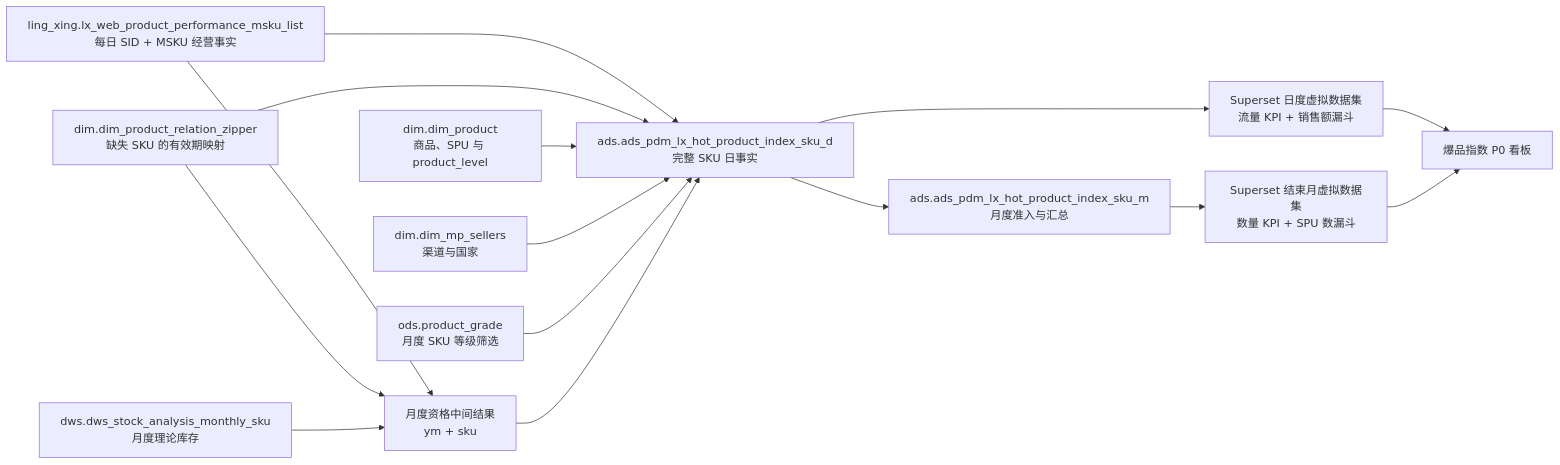
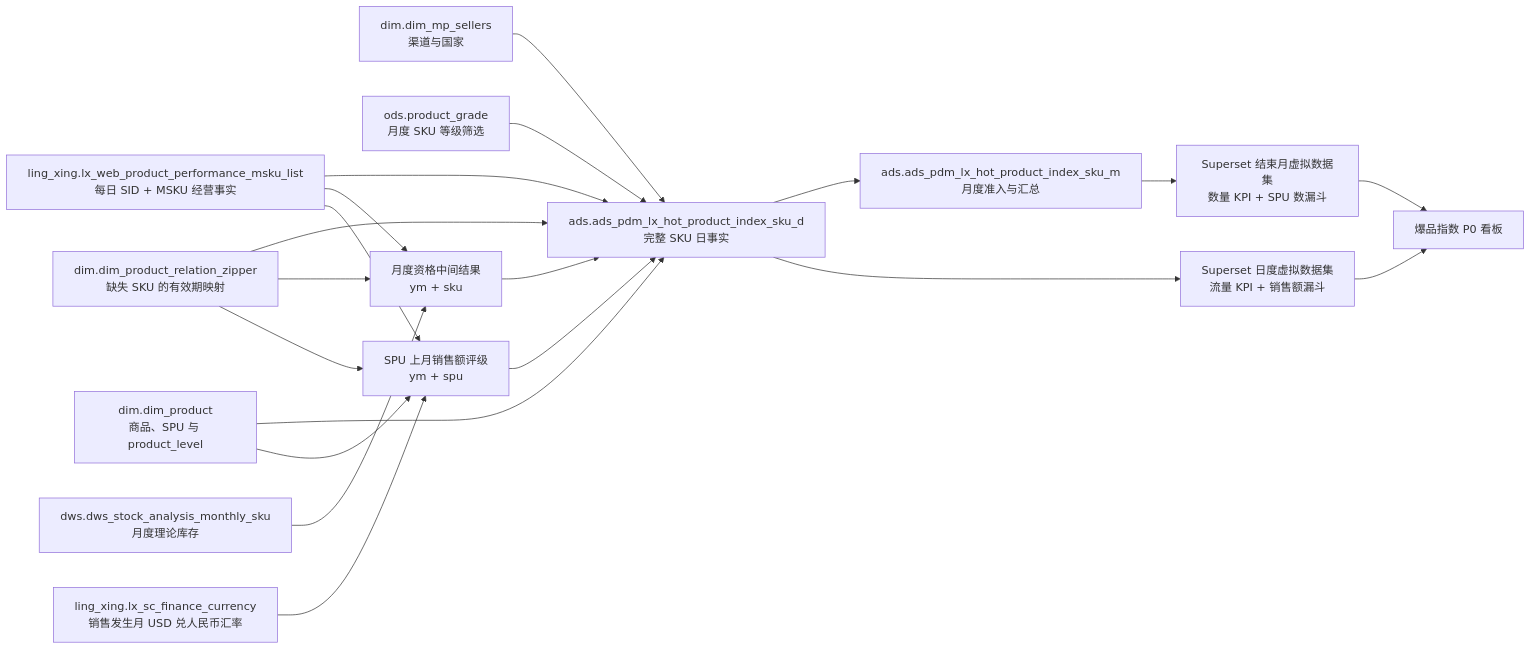
The diagram in docs/superpowers/specs/2026-08-03-hot-product-index-overview-design.md (ErciZe/superset), drawn with Mermaid before and after one commit. The commit also changed other lines of this file and 2 other files, not shown here.

````diff
--- a/docs/superpowers/specs/2026-08-03-hot-product-index-overview-design.md
+++ b/docs/superpowers/specs/2026-08-03-hot-product-index-overview-design.md
@@ -58,30 +61,37 @@
 ```mermaid
 flowchart LR
   P["ling_xing.lx_web_product_performance_msku_list<br/>每日 SID + MSKU 经营事实"]
   Z["dim.dim_product_relation_zipper<br/>缺失 SKU 的有效期映射"]
   D["dim.dim_product<br/>商品、SPU 与 product_level"]
   S["dim.dim_mp_sellers<br/>渠道与国家"]
   G["ods.product_grade<br/>月度 SKU 等级筛选"]
   I["dws.dws_stock_analysis_monthly_sku<br/>月度理论库存"]
+  X["ling_xing.lx_sc_finance_currency<br/>销售发生月 USD 兑人民币汇率"]
   E["月度资格中间结果<br/>ym + sku"]
+  R["SPU 上月销售额评级<br/>ym + spu"]
   M["ads.ads_pdm_lx_hot_product_index_sku_m<br/>月度准入与汇总"]
   F["ads.ads_pdm_lx_hot_product_index_sku_d<br/>完整 SKU 日事实"]
   UD["Superset 日度虚拟数据集<br/>流量 KPI + 销售额漏斗"]
   UM["Superset 结束月虚拟数据集<br/>数量 KPI + SPU 数漏斗"]
   B["爆品指数 P0 看板"]
 
   P --> F
   Z --> F
   D --> F
   S --> F
   G --> F
   P --> E
   Z --> E
   I --> E
+  P --> R
+  Z --> R
+  D --> R
+  X --> R
   E --> F
+  R --> F
   F --> M
   F --> UD
   M --> UM
   UD --> B
   UM --> B
 ```
````
